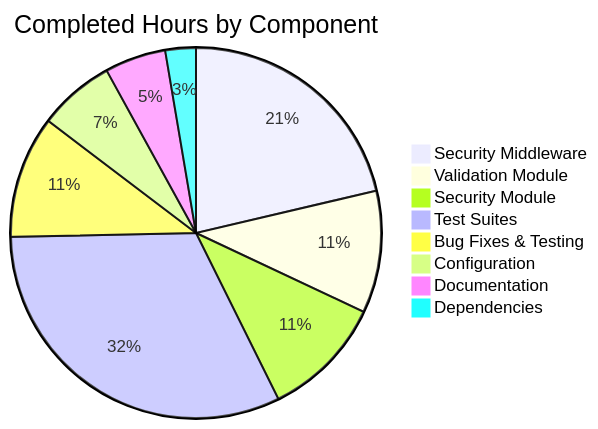
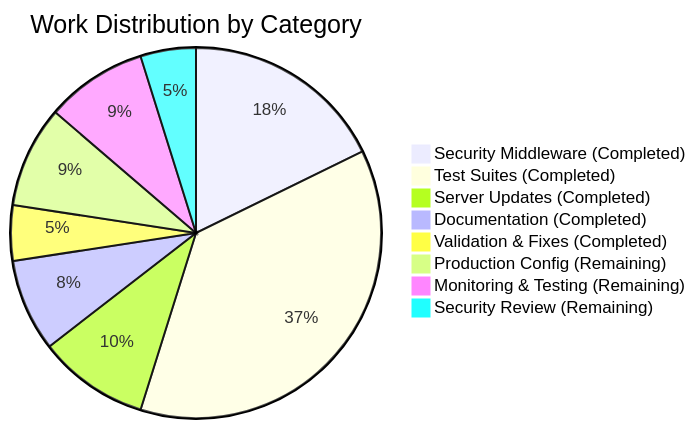
Before and after one commit to sudhanshu-spec/test-spec: the second of 3 diagrams in blitzy/documentation/Project Guide.md, drawn with Mermaid. The commit also changed other lines of this file, not shown here.

Commit message:
Adding Blitzy Project Guide: Project Status and Human Tasks Remaining

````diff
--- a/blitzy/documentation/Project Guide.md
+++ b/blitzy/documentation/Project Guide.md
@@ -93,11 +64,11 @@
 ```mermaid
-pie title Completed Hours by Component
-    "Security Middleware" : 16
-    "Validation Module" : 8
-    "Security Module" : 8
-    "Test Suites" : 24
-    "Bug Fixes & Testing" : 8
-    "Configuration" : 5
-    "Documentation" : 4
-    "Dependencies" : 2
+pie title Work Distribution by Category
+    "Security Middleware (Completed)" : 22
+    "Test Suites (Completed)" : 46
+    "Server Updates (Completed)" : 12
+    "Documentation (Completed)" : 10
+    "Validation & Fixes (Completed)" : 6
+    "Production Config (Remaining)" : 11
+    "Monitoring & Testing (Remaining)" : 11
+    "Security Review (Remaining)" : 6
 ```
````
